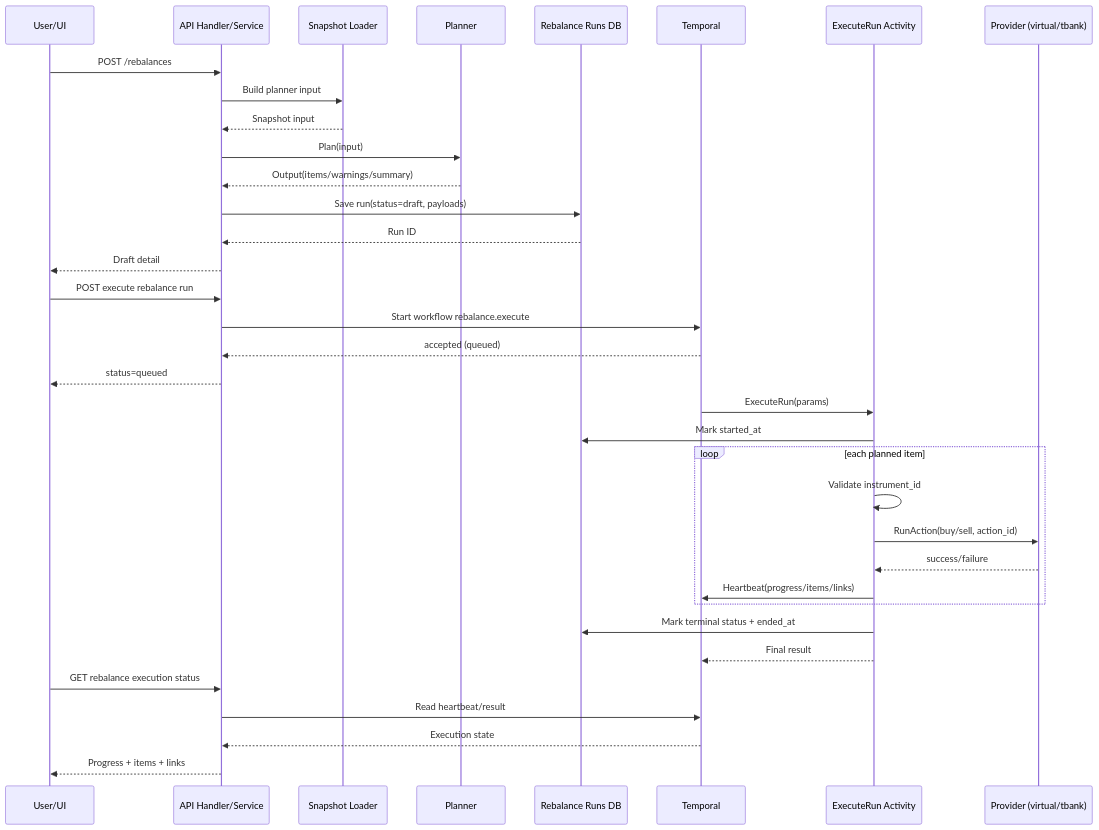
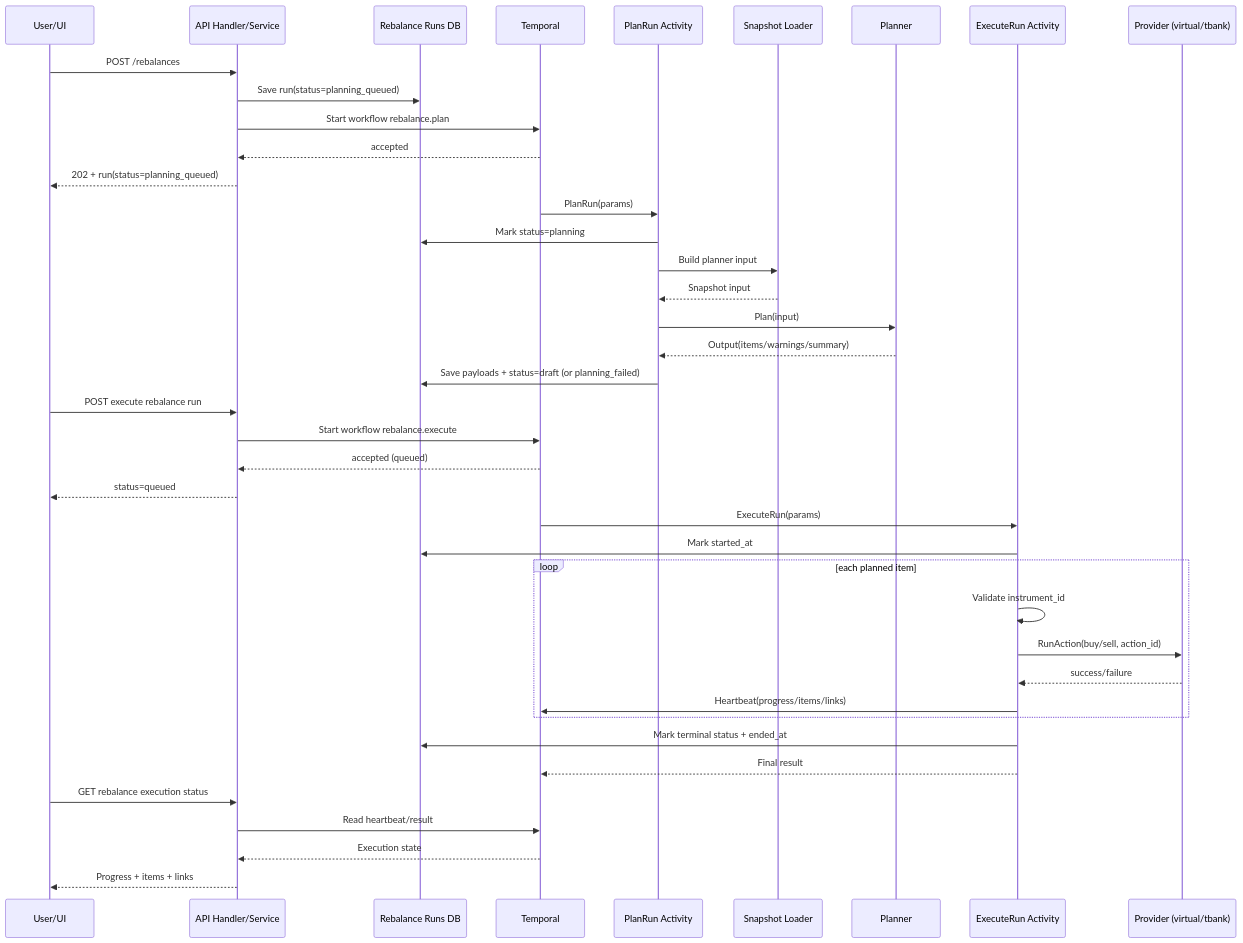
The second of 2 diagrams in docs/rebalancing/execution-pipeline.md (Wgmlgz/index-replication), drawn with Mermaid before and after one commit. The commit also changed other lines of this file and 19 other files, not shown here.

````diff
--- a/docs/rebalancing/execution-pipeline.md
+++ b/docs/rebalancing/execution-pipeline.md
@@ -99,41 +104,47 @@
 ```mermaid
 sequenceDiagram
     participant U as User/UI
     participant API as API Handler/Service
+    participant DB as Rebalance Runs DB
+    participant TMP as Temporal
+    participant PACT as PlanRun Activity
     participant SNAP as Snapshot Loader
     participant PLAN as Planner
-    participant DB as Rebalance Runs DB
-    participant TMP as Temporal
     participant ACT as ExecuteRun Activity
     participant PRV as Provider (virtual/tbank)
 
     U->>API: POST /rebalances
-    API->>SNAP: Build planner input
-    SNAP-->>API: Snapshot input
-    API->>PLAN: Plan(input)
-    PLAN-->>API: Output(items/warnings/summary)
-    API->>DB: Save run(status=draft, payloads)
-    DB-->>API: Run ID
-    API-->>U: Draft detail
+    API->>DB: Save run(status=planning_queued)
+    API->>TMP: Start workflow rebalance.plan
+    TMP-->>API: accepted
+    API-->>U: 202 + run(status=planning_queued)
+
+    TMP->>PACT: PlanRun(params)
+    PACT->>DB: Mark status=planning
+    PACT->>SNAP: Build planner input
+    SNAP-->>PACT: Snapshot input
+    PACT->>PLAN: Plan(input)
+    PLAN-->>PACT: Output(items/warnings/summary)
+    PACT->>DB: Save payloads + status=draft (or planning_failed)
 
     U->>API: POST execute rebalance run
     API->>TMP: Start workflow rebalance.execute
     TMP-->>API: accepted (queued)
     API-->>U: status=queued
 
     TMP->>ACT: ExecuteRun(params)
     ACT->>DB: Mark started_at
     loop each planned item
         ACT->>ACT: Validate instrument_id
         ACT->>PRV: RunAction(buy/sell, action_id)
         PRV-->>ACT: success/failure
         ACT->>TMP: Heartbeat(progress/items/links)
     end
     ACT->>DB: Mark terminal status + ended_at
     ACT-->>TMP: Final result
 
     U->>API: GET rebalance execution status
     API->>TMP: Read heartbeat/result
     TMP-->>API: Execution state
     API-->>U: Progress + items + links
 ```
````
